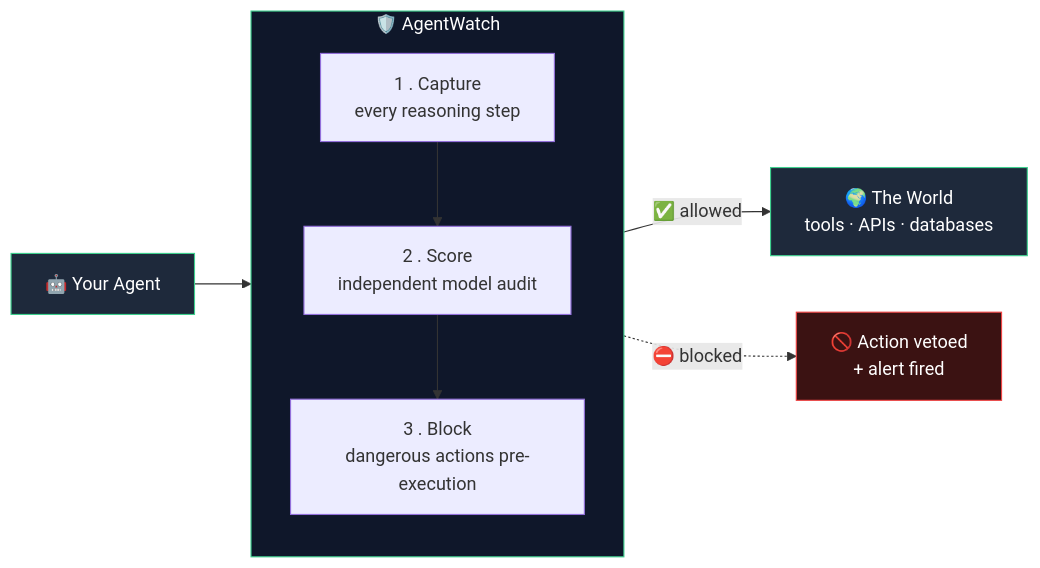
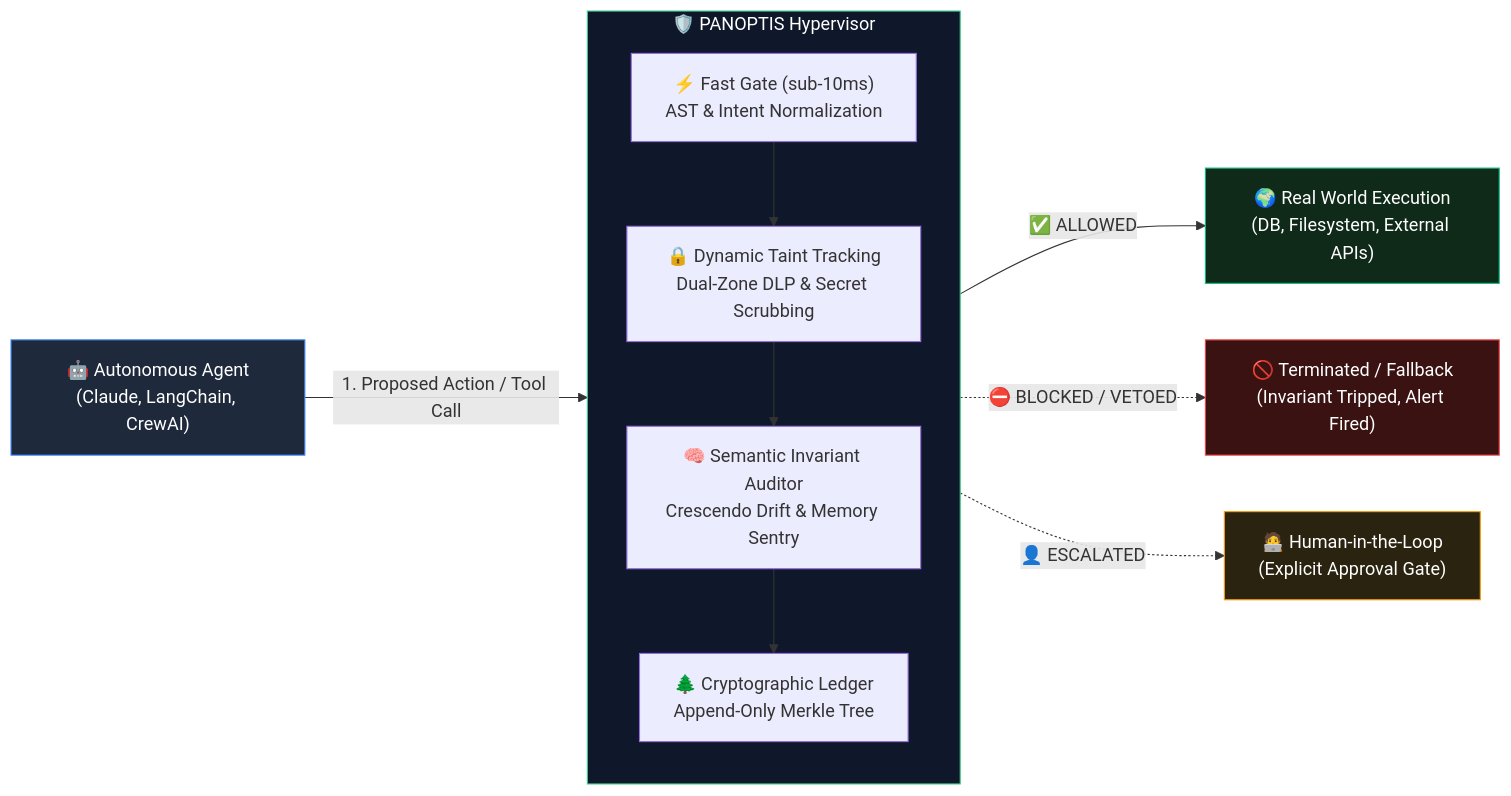
One commit to zqf20096327/dbhub_collect changed the first of 6 diagrams in data/readmes/Shinraya-Tech-Labs__AgentWatch.md. Above: the diagram before and after it, drawn with Mermaid. The commit also changed other lines of this file and 255 other files, not shown here.

````diff
--- a/data/readmes/Shinraya-Tech-Labs__AgentWatch.md
+++ b/data/readmes/Shinraya-Tech-Labs__AgentWatch.md
@@ -94,20 +81,23 @@
 ```mermaid
 flowchart LR
-    A["🤖 Your Agent"] --> AW
+    A["🤖 Autonomous Agent<br/>(Claude, LangChain, CrewAI)"] -->|"1. Proposed Action / Tool Call"| HYPERVISOR
 
-    subgraph AW["🛡️ AgentWatch"]
+    subgraph HYPERVISOR["🛡️ PANOPTIS Hypervisor"]
         direction TB
-        S1["1 . Capture<br/>every reasoning step"]
-        S2["2 . Score<br/>independent model audit"]
-        S3["3 . Block<br/>dangerous actions pre-execution"]
-        S1 --> S2 --> S3
+        G1["⚡ Fast Gate (sub-10ms)<br/>AST & Intent Normalization"]
+        G2["🔒 Dynamic Taint Tracking<br/>Dual-Zone DLP & Secret Scrubbing"]
+        G3["🧠 Semantic Invariant Auditor<br/>Crescendo Drift & Memory Sentry"]
+        G4["🌲 Cryptographic Ledger<br/>Append-Only Merkle Tree"]
+        G1 --> G2 --> G3 --> G4
     end
 
-    AW -->|"✅ allowed"| W["🌍 The World<br/>tools · APIs · databases"]
-    AW -.->|"⛔ blocked"| X["🚫 Action vetoed<br/>+ alert fired"]
+    HYPERVISOR -->|"✅ ALLOWED"| REAL_WORLD["🌍 Real World Execution<br/>(DB, Filesystem, External APIs)"]
+    HYPERVISOR -.->|"⛔ BLOCKED / VETOED"| DEFENSE["🚫 Terminated / Fallback<br/>(Invariant Tripped, Alert Fired)"]
+    HYPERVISOR -.->|"👤 ESCALATED"| HUMAN["🧑‍💻 Human-in-the-Loop<br/>(Explicit Approval Gate)"]
 
-    style A fill:#1e293b,stroke:#3ecf8e,color:#fff
-    style AW fill:#0f172a,stroke:#3ecf8e,color:#fff
-    style W fill:#1e293b,stroke:#3ecf8e,color:#fff
-    style X fill:#3b1212,stroke:#ef4444,color:#fff
+    style A fill:#1e293b,stroke:#3b82f6,color:#fff
+    style HYPERVISOR fill:#0f172a,stroke:#3ecf8e,color:#fff
+    style REAL_WORLD fill:#0f2a18,stroke:#10b981,color:#fff
+    style DEFENSE fill:#3b1212,stroke:#ef4444,color:#fff
+    style HUMAN fill:#2a230f,stroke:#f59e0b,color:#fff
 ```
````
